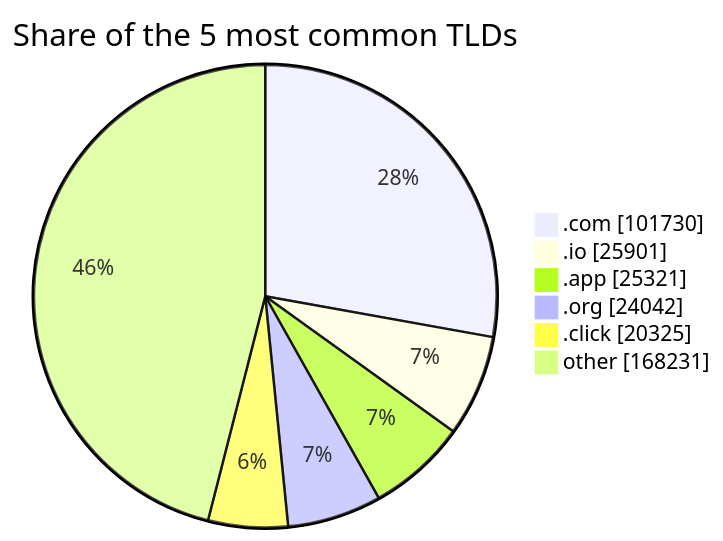
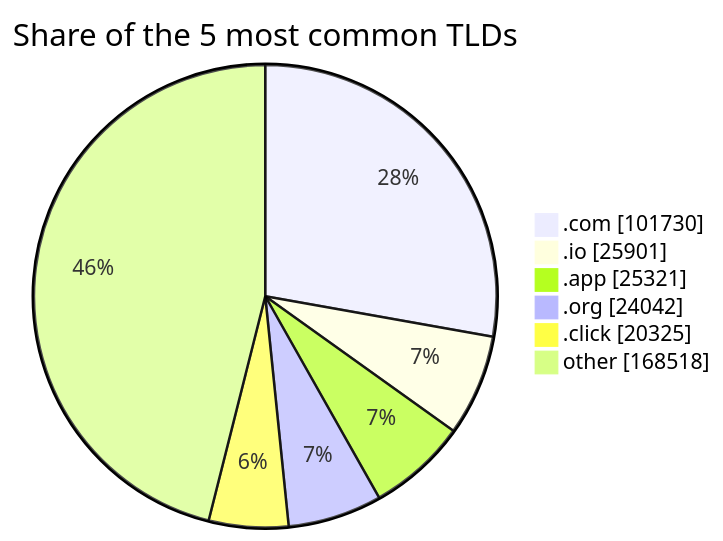
The third of 3 diagrams in README.md (DNSBunker/CTI), drawn with Mermaid before and after one commit. The commit also changed other lines of this file and 3 other files, not shown here.

````diff
--- a/README.md
+++ b/README.md
@@ -81,9 +81,9 @@
 ```mermaid
 pie showData title Share of the 5 most common TLDs
     ".com" : 101730
     ".io" : 25901
     ".app" : 25321
     ".org" : 24042
     ".click" : 20325
-    "other" : 168231
+    "other" : 168518
 ```
````
